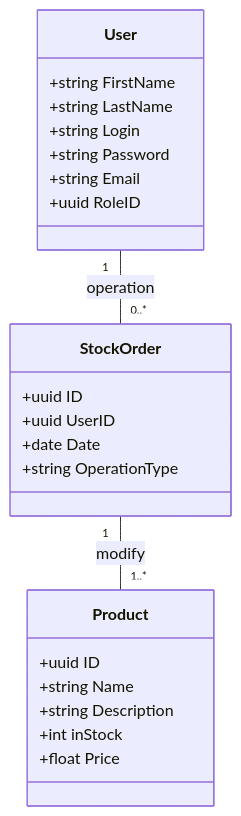
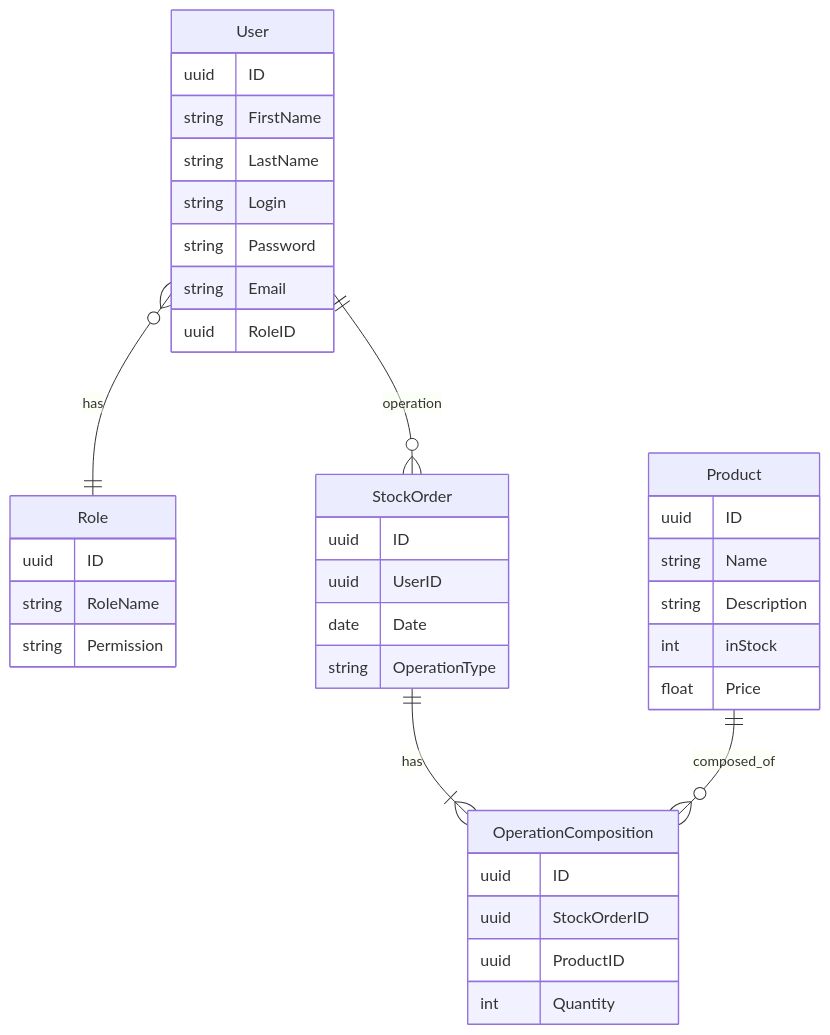
The second of 5 diagrams in api-warehouse/DraftReadme.md (PortnovAlex80/node_js_pro), drawn with Mermaid before and after one commit. The commit also changed other lines of this file, not shown here.

````diff
--- a/api-warehouse/DraftReadme.md
+++ b/api-warehouse/DraftReadme.md
@@ -1,30 +32,47 @@
 ```mermaid
-classDiagram
-    class User{
-        +string FirstName
-        +string LastName
-        +string Login
-        +string Password
-        +string Email
-        +uuid RoleID   
+erDiagram
+
+    User }o--|| Role : has
+        
+    User {
+        uuid ID
+        string FirstName
+        string LastName
+        string Login
+        string Password
+        string Email
+        uuid RoleID
     }
     
-    class StockOrder{
-        +uuid ID
-        +uuid UserID
-        +date Date
-        +string OperationType
-            }
-    
-    class Product{
-        +uuid ID
-        +string Name
-        +string Description
-        +int inStock
-        +float Price
+    Role {
+        uuid ID
+        string RoleName
+        string Permission
     }
     
-    User "1" -- "0..*" StockOrder : operation
-    StockOrder "1" -- "1..*" Product : modify
-   
+    User ||--o{ StockOrder : operation	  
+    StockOrder ||--|{ OperationComposition : has
+    Product ||--o{ OperationComposition : composed_of
+    
+    StockOrder {
+        uuid ID
+        uuid UserID
+        date Date
+        string OperationType
+    }
+    
+    Product {
+        uuid ID
+        string Name
+        string Description
+        int inStock
+        float Price
+    }
+    
+    OperationComposition {
+        uuid ID
+        uuid StockOrderID
+        uuid ProductID
+        int Quantity
+    }
 ```
````
